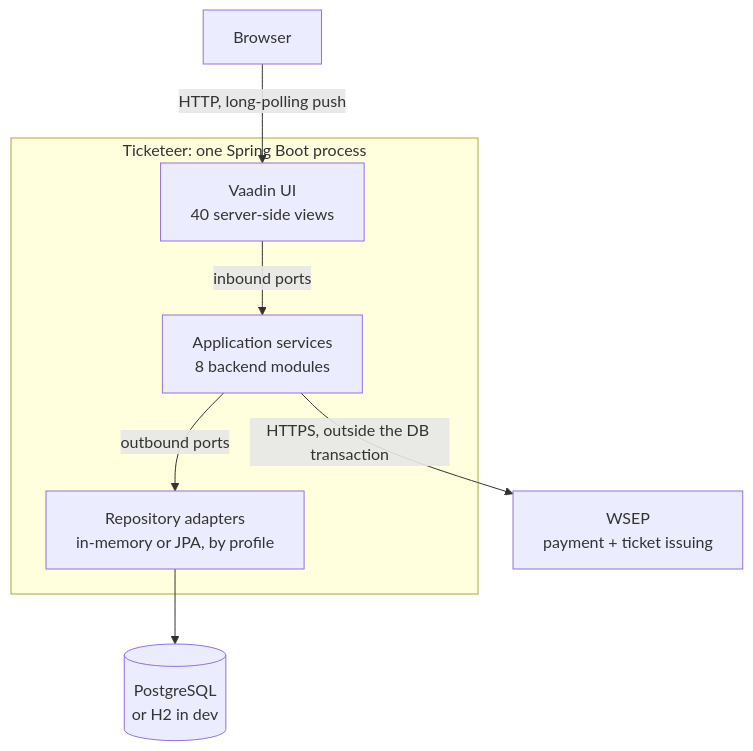
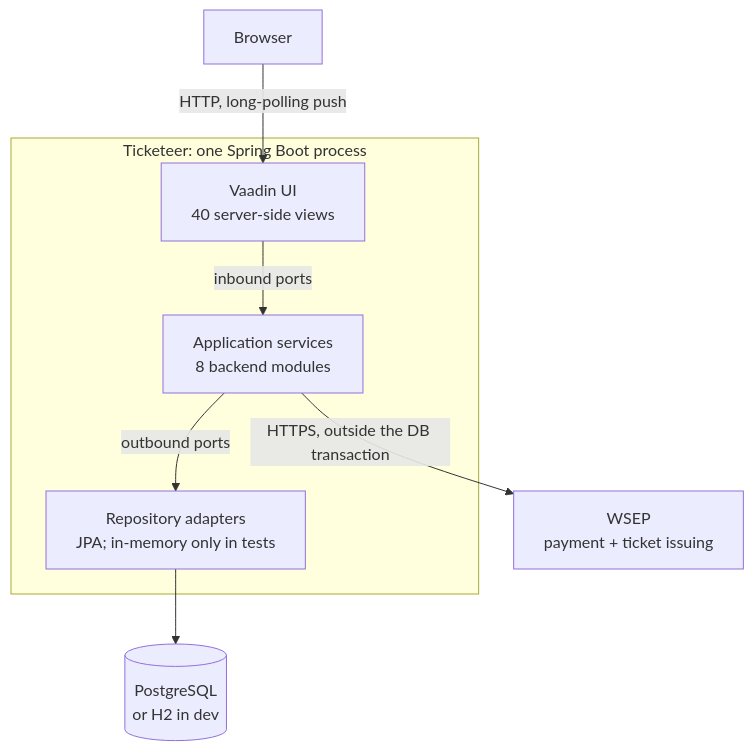
The first of 2 diagrams in README.md (NaimElijah/Ticketeer), drawn with Mermaid before and after one commit. The commit also changed other lines of this file and 58 other files, not shown here.

First line of the commit message:
feat(persistence): use the Jpa adapters unless test and memory are both active

````diff
--- a/README.md
+++ b/README.md
@@ -23,17 +23,17 @@
 ```mermaid
 flowchart TB
     browser["Browser"]
     subgraph jvm["Ticketeer: one Spring Boot process"]
         ui["Vaadin UI<br/>40 server-side views"]
         app["Application services<br/>8 backend modules"]
-        repos["Repository adapters<br/>in-memory or JPA, by profile"]
+        repos["Repository adapters<br/>JPA; in-memory only in tests"]
     end
     db[("PostgreSQL<br/>or H2 in dev")]
     wsep["WSEP<br/>payment + ticket issuing"]
 
     browser -->|"HTTP, long-polling push"| ui
     ui -->|"inbound ports"| app
     app -->|"outbound ports"| repos
     repos --> db
     app -->|"HTTPS, outside the DB transaction"| wsep
 ```
````
